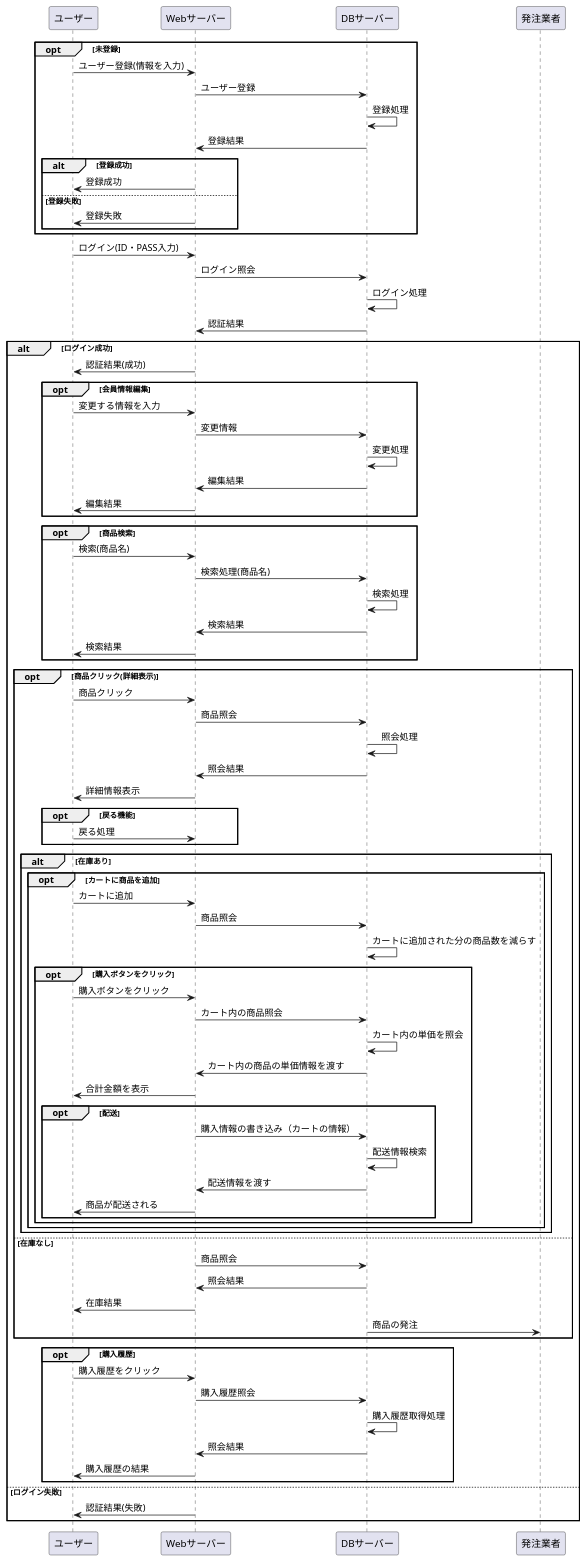
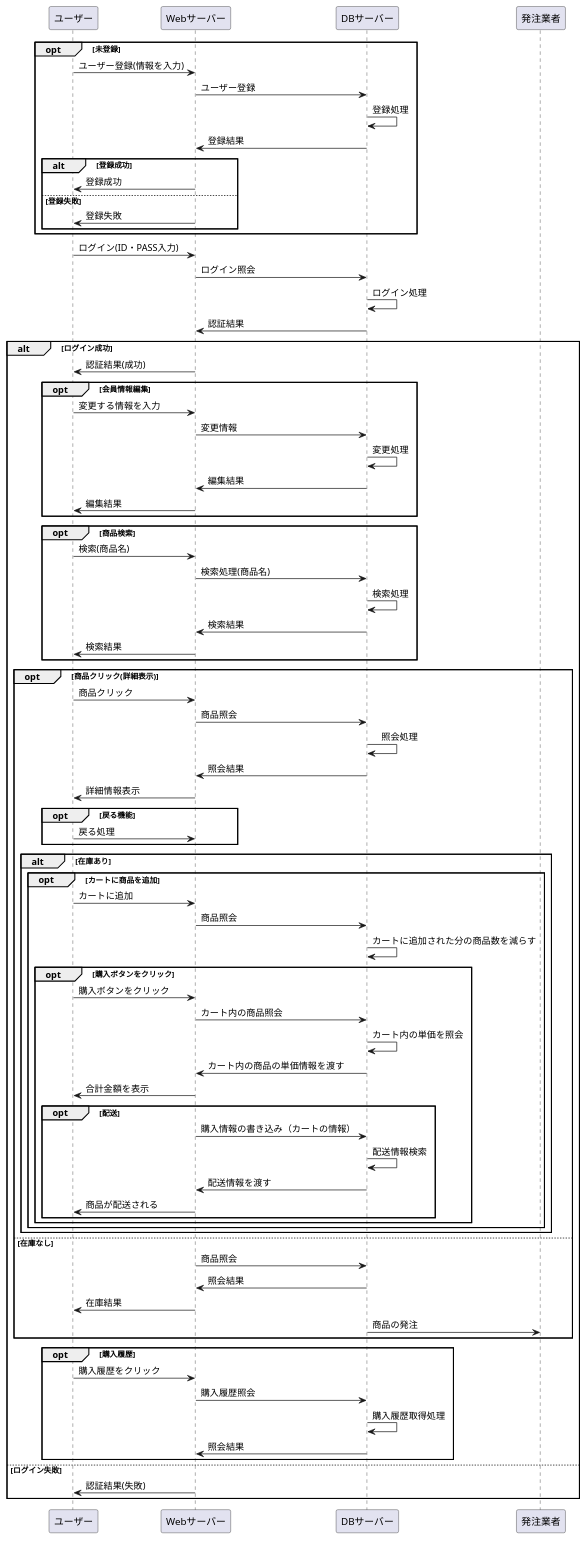
Before and after one commit to Aso2001227/Aso-Sports-1: the diagram in 設計書/02_業務フロー/business-flow-test.md, drawn with PlantUML.

```diff
--- a/設計書/02_業務フロー/business-flow-test.md
+++ b/設計書/02_業務フロー/business-flow-test.md
@@ -109,7 +109,7 @@
 Webサーバー -> DBサーバー :購入履歴照会
 DBサーバー -> DBサーバー : 購入履歴取得処理
 DBサーバー -> Webサーバー :照会結果
-Webサーバー -> ユーザー :購入履歴の結果
+
 end
 else ログイン失敗
 Webサーバー -> ユーザー : 認証結果(失敗)
```
